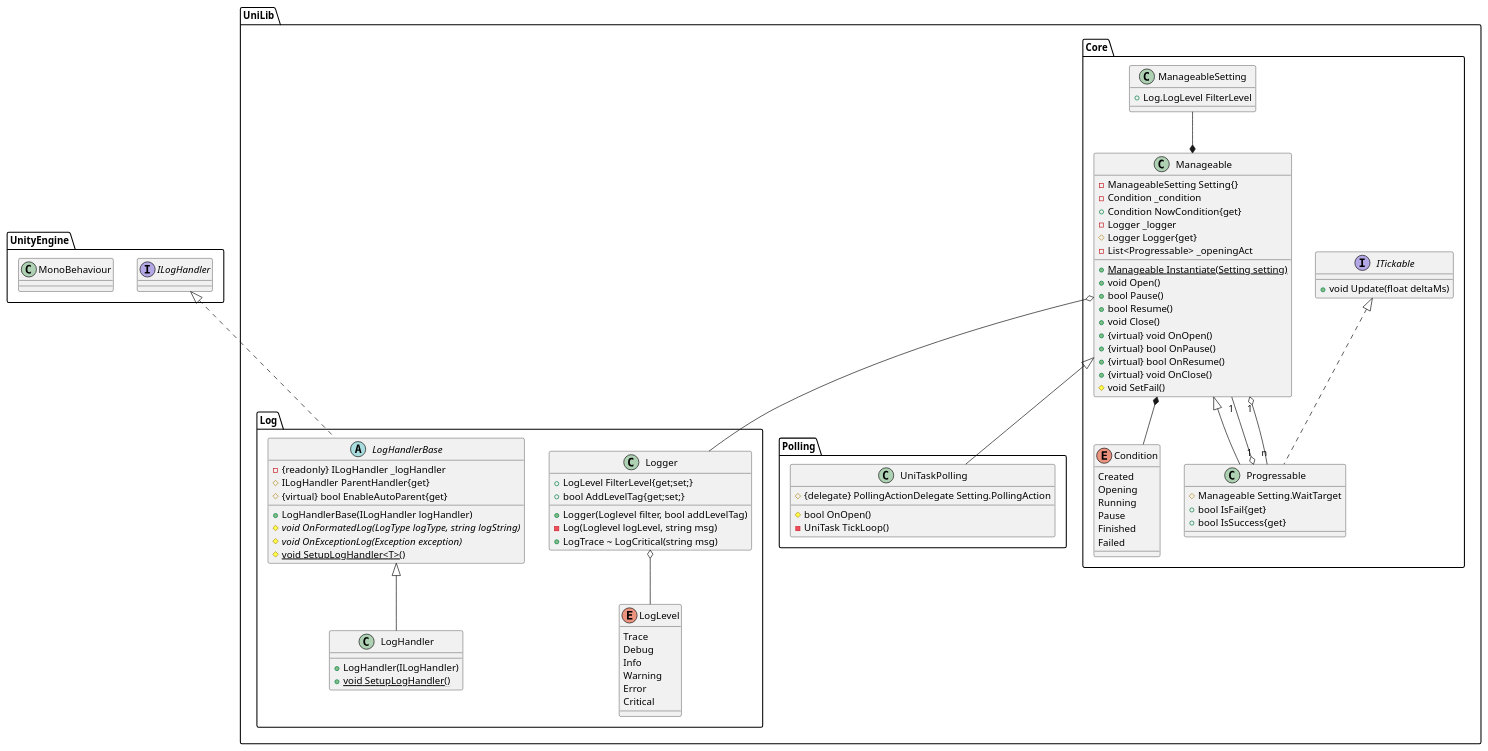
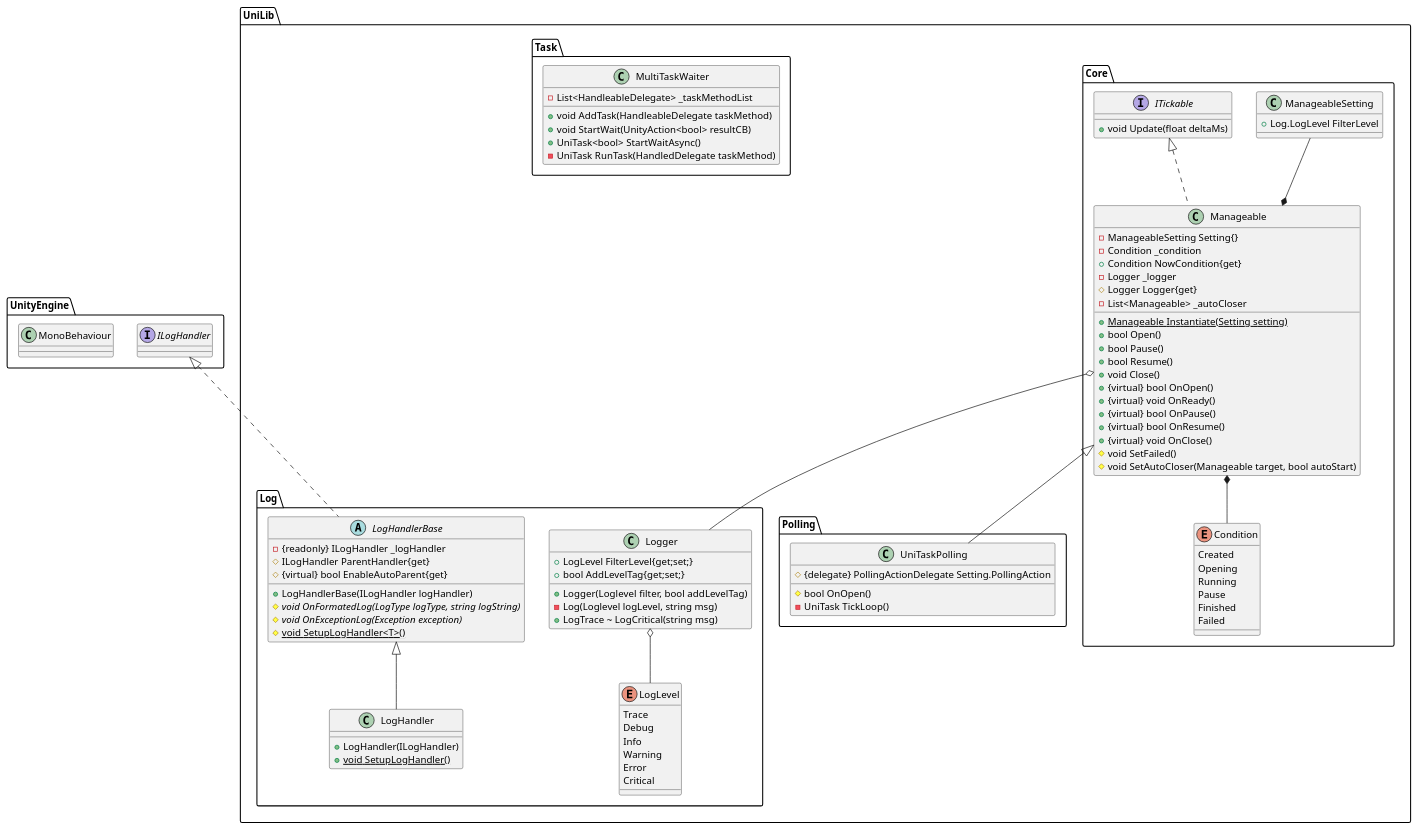
Before and after one commit to j-sato-t/unity_libs: the first of 2 diagrams in README.md, drawn with PlantUML. The commit also changed 10 other files, not shown here.

Commit message:
fix wait Open act

```diff
--- a/README.md
+++ b/README.md
@@ -66,37 +66,30 @@
         + Condition NowCondition{get}
         - Logger _logger
         # Logger Logger{get}
-        - List<Progressable> _openingAct
+        - List<Manageable> _autoCloser
 
 
         + {static} Manageable Instantiate(Setting setting)
-        + void Open()
+        + bool Open()
         + bool Pause()
         + bool Resume()
         + void Close()
-        + {virtual} void OnOpen()
+        + {virtual} bool OnOpen()
+        + {virtual} void OnReady()
         + {virtual} bool OnPause()
         + {virtual} bool OnResume()
         + {virtual} void OnClose()
-        # void SetFail()
+        # void SetFailed()
+        # void SetAutoCloser(Manageable target, bool autoStart)
     }
     Manageable *-- Condition
     Manageable o-- Logger
     ManageableSetting --* Manageable
+    ITickable <|.. Manageable
 
     interface ITickable{
         + void Update(float deltaMs)
     }
-
-    class Progressable{
-        # Manageable Setting.WaitTarget
-        + bool IsFail{get}
-        + bool IsSuccess{get}
-    }
-    Manageable <|-- Progressable
-    ITickable <|.. Progressable
-    Manageable "1" --o "1" Progressable
-    Manageable "1" o-- "n" Progressable
 }
 
 package Polling{
@@ -106,6 +99,17 @@
         - UniTask TickLoop()
     }
     Manageable <|-- UniTaskPolling
+}
+
+package Task {
+    class MultiTaskWaiter {
+        - List<HandleableDelegate> _taskMethodList
+
+        + void AddTask(HandleableDelegate taskMethod)
+        + void StartWait(UnityAction<bool> resultCB)
+        + UniTask<bool> StartWaitAsync()
+        - UniTask RunTask(HandledDelegate taskMethod)
+    }
 }
 
 
```
